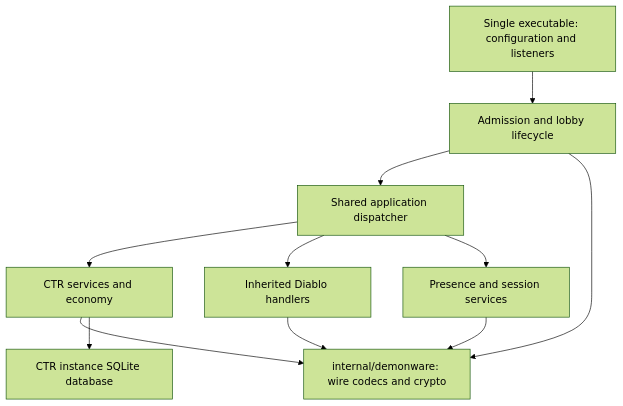
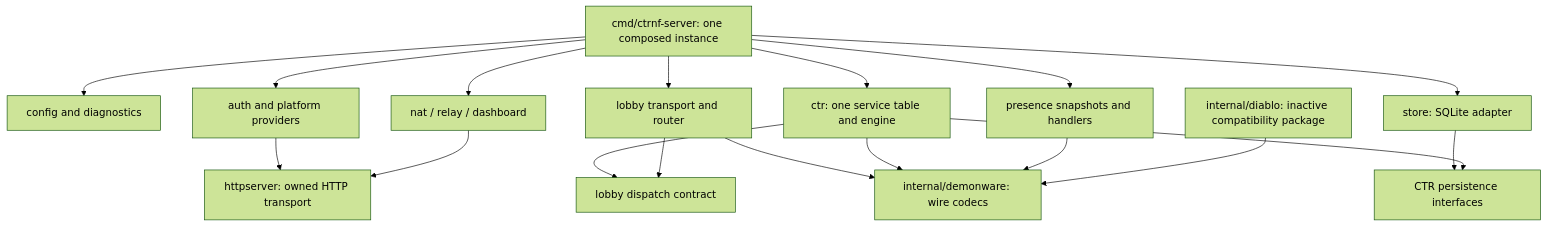
The diagram in docs/DEMONWARE_PROTOCOL.md (pierluigizagaria/demonware-server), drawn with Mermaid (forest theme) before and after one commit. The commit also changed other lines of this file and 33 other files, not shown here.

First line of the commit message:
docs: finish CTR architecture handoff and component diagnostics

````diff
--- a/docs/DEMONWARE_PROTOCOL.md
+++ b/docs/DEMONWARE_PROTOCOL.md
@@ -63,13 +63,20 @@
 ```mermaid
 flowchart TD
-    A[Single executable: configuration and listeners] --> B[Admission and lobby lifecycle]
-    B --> C[Shared application dispatcher]
-    C --> D[CTR services and economy]
-    C --> E[Inherited Diablo handlers]
-    C --> F[Presence and session services]
-    B --> P[internal/demonware: wire codecs and crypto]
-    D --> P
-    E --> P
-    F --> P
-    D --> S[CTR instance SQLite database]
+    A[cmd/ctrnf-server: one composed instance] --> C[config and diagnostics]
+    A --> H[auth and platform providers]
+    A --> L[lobby transport and router]
+    A --> T[ctr: one service table and engine]
+    A --> S[store: SQLite adapter]
+    A --> N[nat / relay / dashboard]
+    A --> R[presence snapshots and handlers]
+    H --> O[httpserver: owned HTTP transport]
+    N --> O
+    T --> I[lobby dispatch contract]
+    L --> I
+    S --> B[CTR persistence interfaces]
+    T --> B
+    L --> P[internal/demonware: wire codecs]
+    T --> P
+    R --> P
+    D[internal/diablo: inactive compatibility package] --> P
 ```
````
